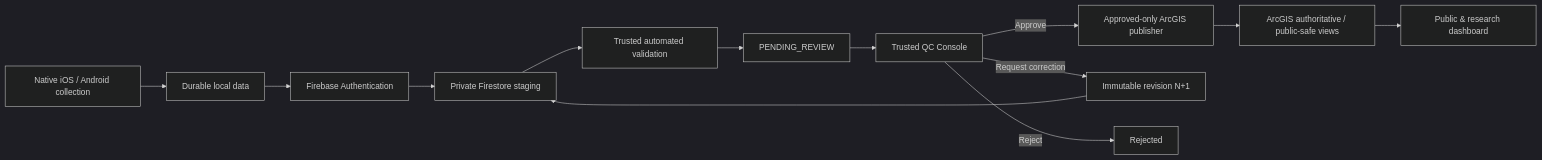
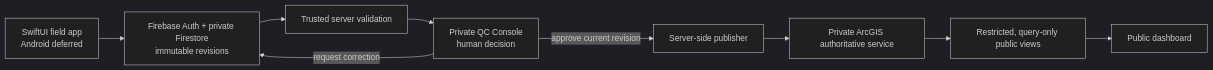
The diagram in README.md (UnbrokenMango21/watershed-water-quality-dashboard), drawn with Mermaid (dark theme) before and after one commit. The commit also changed other lines of this file and 9 other files, not shown here.

````diff
--- a/README.md
+++ b/README.md
@@ -13,15 +11,11 @@
 ```mermaid
 flowchart LR
-  A[Native iOS / Android collection] --> B[Durable local data]
-  B --> C[Firebase Authentication]
-  C --> D[Private Firestore staging]
-  D --> E[Trusted automated validation]
-  E --> F[PENDING_REVIEW]
-  F --> G[Trusted QC Console]
-  G -->|Approve| H[Approved-only ArcGIS publisher]
-  G -->|Request correction| I[Immutable revision N+1]
-  I --> D
-  G -->|Reject| J[Rejected]
-  H --> K[ArcGIS authoritative / public-safe views]
-  K --> L[Public & research dashboard]
+  A[SwiftUI field app<br/>Android deferred] --> B[Firebase Auth + private Firestore<br/>immutable revisions]
+  B --> C[Trusted server validation]
+  C --> D[Private QC Console<br/>human decision]
+  D -->|approve current revision| E[Server-side publisher]
+  D -->|request correction| B
+  E --> F[Private ArcGIS authoritative service]
+  F --> G[Restricted, query-only public views]
+  G --> H[Public dashboard]
 ```
````
